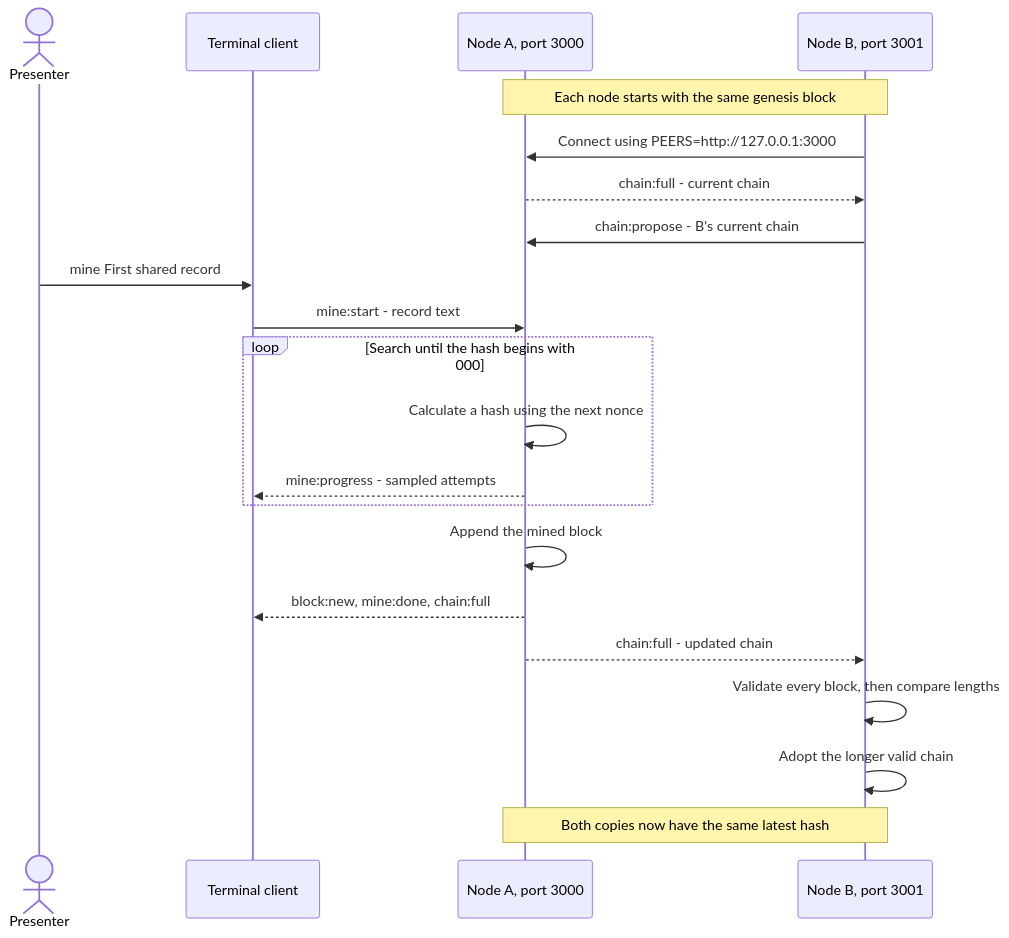
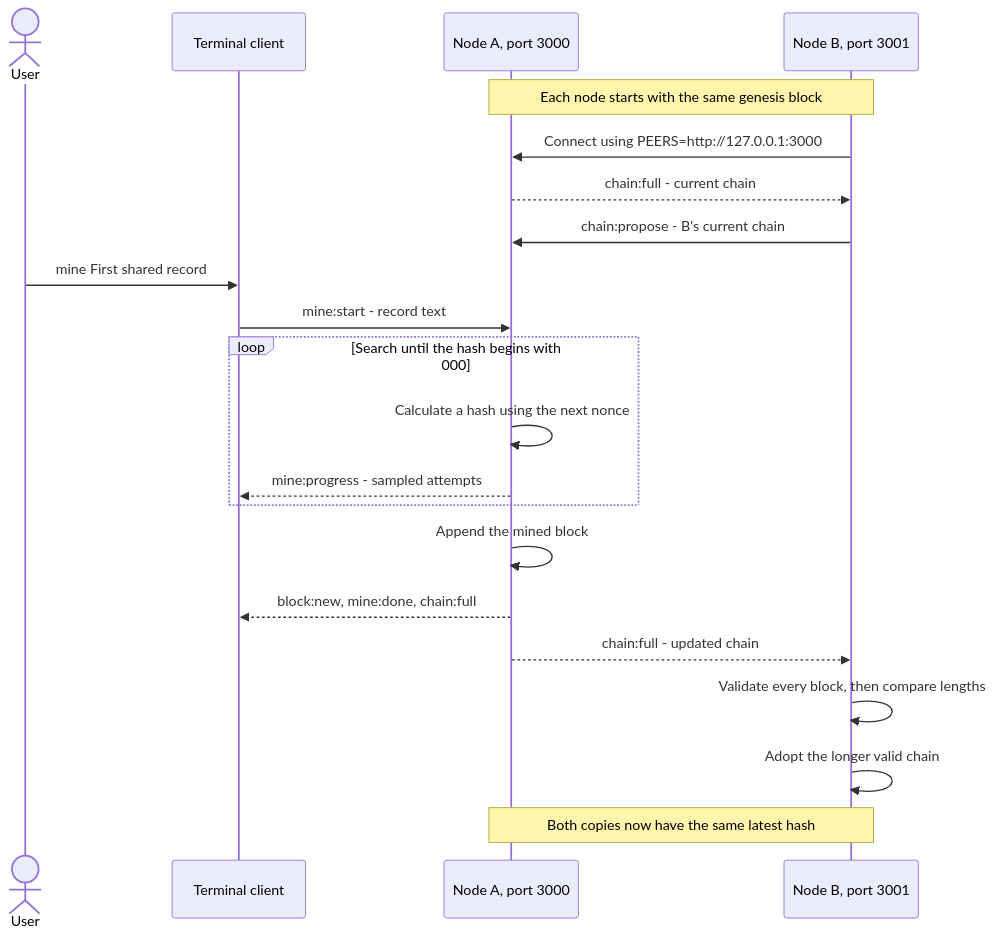
Before and after one commit to Jordan231111/blockchain-mining-live: the fourth of 7 diagrams in docs/blockchain-walkthrough.md, drawn with Mermaid. The commit also changed other lines of this file, not shown here.

````diff
--- a/docs/blockchain-walkthrough.md
+++ b/docs/blockchain-walkthrough.md
@@ -91,26 +181,26 @@
 ```mermaid
 sequenceDiagram
     accTitle: Two nodes synchronize over sockets
     accDescr: Node B connects to A. A mines a record requested by the terminal client and shares its updated chain. B validates the longer chain and adopts it.
-    actor Presenter
+    actor User
     participant Client as Terminal client
     participant A as Node A, port 3000
     participant B as Node B, port 3001
 
     Note over A,B: Each node starts with the same genesis block
     B->>A: Connect using PEERS=http://127.0.0.1:3000
     A-->>B: chain:full - current chain
     B->>A: chain:propose - B's current chain
-    Presenter->>Client: mine First shared record
+    User->>Client: mine First shared record
     Client->>A: mine:start - record text
     loop Search until the hash begins with 000
         A->>A: Calculate a hash using the next nonce
         A-->>Client: mine:progress - sampled attempts
     end
     A->>A: Append the mined block
     A-->>Client: block:new, mine:done, chain:full
     A-->>B: chain:full - updated chain
     B->>B: Validate every block, then compare lengths
     B->>B: Adopt the longer valid chain
     Note over A,B: Both copies now have the same latest hash
 ```
````
